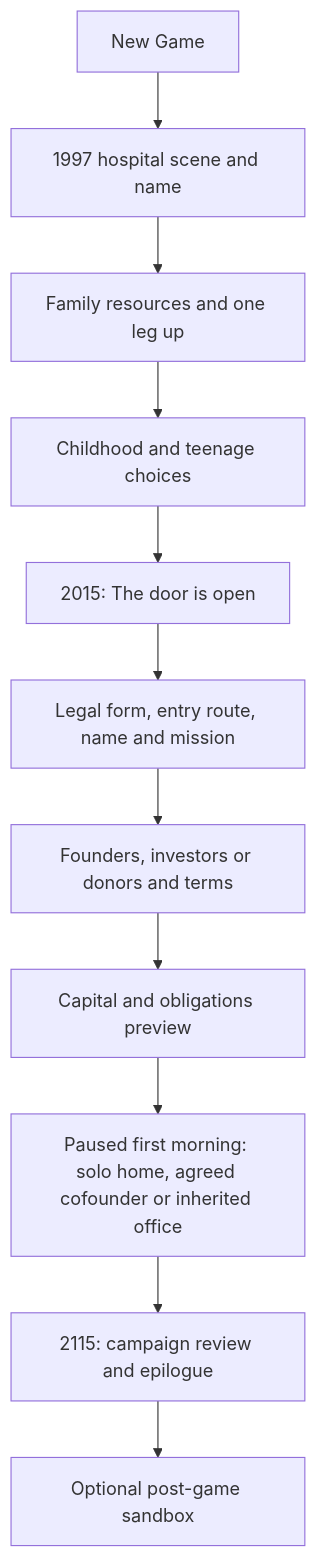
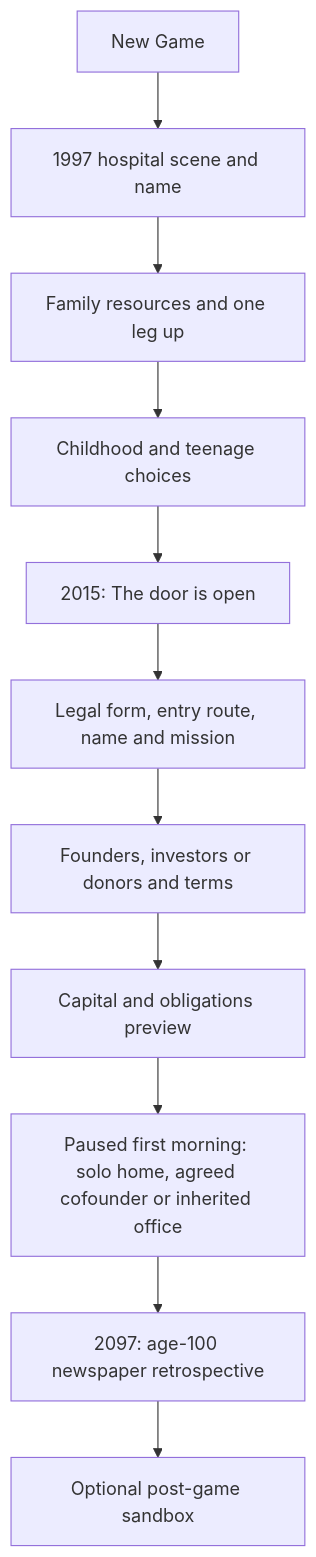
One commit to gnaservicesinc/Project-Glowing-Pancake changed the diagram in docs/CAMPAIGN_FLOW.md. Above: the diagram before and after it, drawn with Mermaid. The commit also changed other lines of this file and 44 other files, not shown here.

````diff
--- a/docs/CAMPAIGN_FLOW.md
+++ b/docs/CAMPAIGN_FLOW.md
@@ -54,13 +50,13 @@
 ```mermaid
 flowchart TD
     Start[New Game] --> Intro[1997 hospital scene and name]
     Intro --> Family[Family resources and one leg up]
     Family --> Youth[Childhood and teenage choices]
     Youth --> Entry[2015: The door is open]
     Entry --> Charter[Legal form, entry route, name and mission]
     Charter --> Funding[Founders, investors or donors and terms]
     Funding --> Budget[Capital and obligations preview]
     Budget --> Play[Paused first morning: solo home, agreed cofounder or inherited office]
-    Play --> End[2115: campaign review and epilogue]
+    Play --> End[2097: age-100 newspaper retrospective]
     End --> Continue[Optional post-game sandbox]
 ```
````
